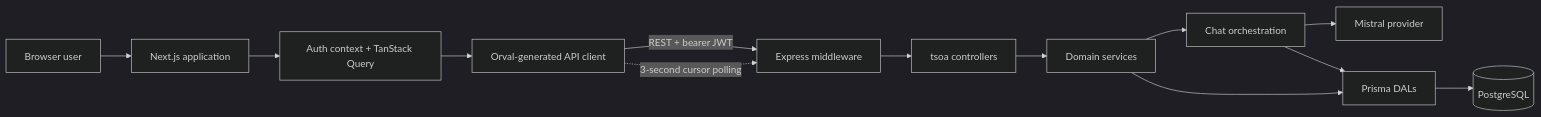
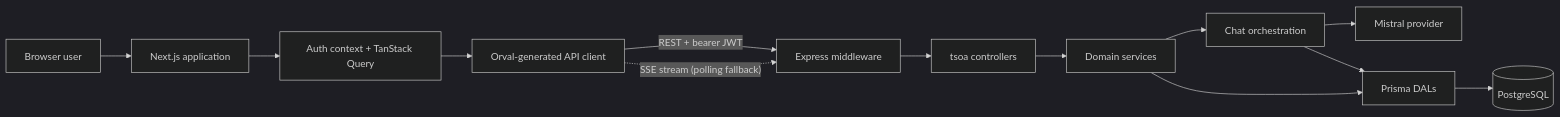
The diagram in README.md (ali-hamza-jutt/ai-appointment-booking), drawn with Mermaid (dark theme) before and after one commit. The commit also changed other lines of this file and 39 other files, not shown here.

Commit message:
Stream chat replies over SSE with live chat updates

````diff
--- a/README.md
+++ b/README.md
@@ -48,15 +48,15 @@
 ```mermaid
 flowchart LR
     User["Browser user"] --> Web["Next.js application"]
     Web --> State["Auth context + TanStack Query"]
     State --> Client["Orval-generated API client"]
     Client -->|"REST + bearer JWT"| Middleware["Express middleware"]
-    Client -.->|"3-second cursor polling"| Middleware
+    Client -.->|"SSE stream (polling fallback)"| Middleware
     Middleware --> Controllers["tsoa controllers"]
     Controllers --> Services["Domain services"]
     Services --> Orchestrator["Chat orchestration"]
     Orchestrator --> AI["Mistral provider"]
     Services --> DAL["Prisma DALs"]
     Orchestrator --> DAL
     DAL --> DB[("PostgreSQL")]
 ```
````
